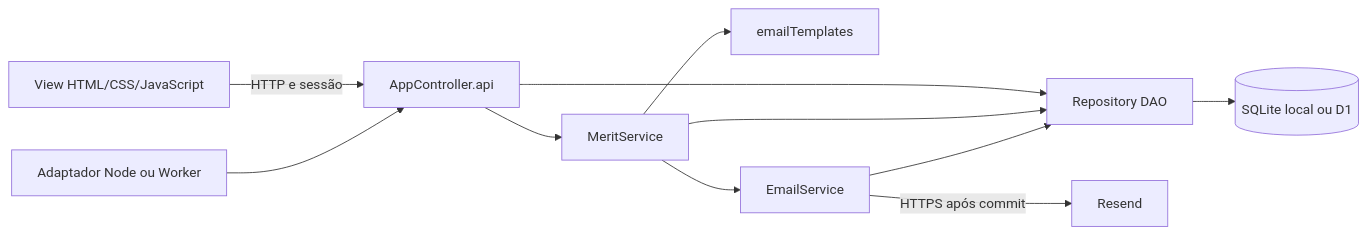
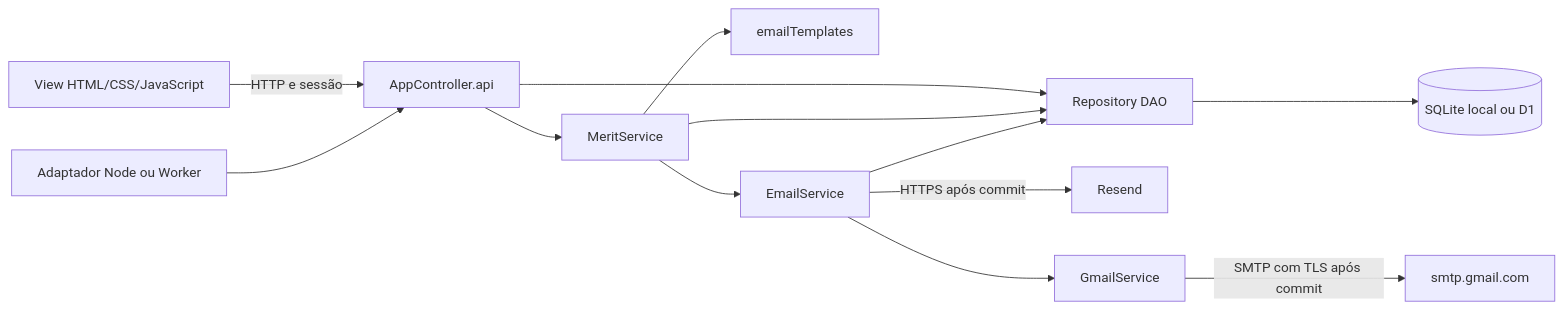
The second of 2 diagrams in docs/release-2/modelos.md (vianadv/sistemaMoedaEstudantil), drawn with Mermaid before and after one commit. The commit also changed other lines of this file and 19 other files, not shown here.

````diff
--- a/docs/release-2/modelos.md
+++ b/docs/release-2/modelos.md
@@ -51,13 +56,15 @@
 ```mermaid
 flowchart LR
   V[View HTML/CSS/JavaScript] -->|HTTP e sessão| C[AppController.api]
   A[Adaptador Node ou Worker] --> C
   C --> M[MeritService]
   C --> R[Repository DAO]
   M --> T[emailTemplates]
   M --> R
   M --> E[EmailService]
   E --> R
   R --> DB[(SQLite local ou D1)]
   E -->|HTTPS após commit| P[Resend]
+  E --> G[GmailService]
+  G -->|SMTP com TLS após commit| S[smtp.gmail.com]
 ```
````
